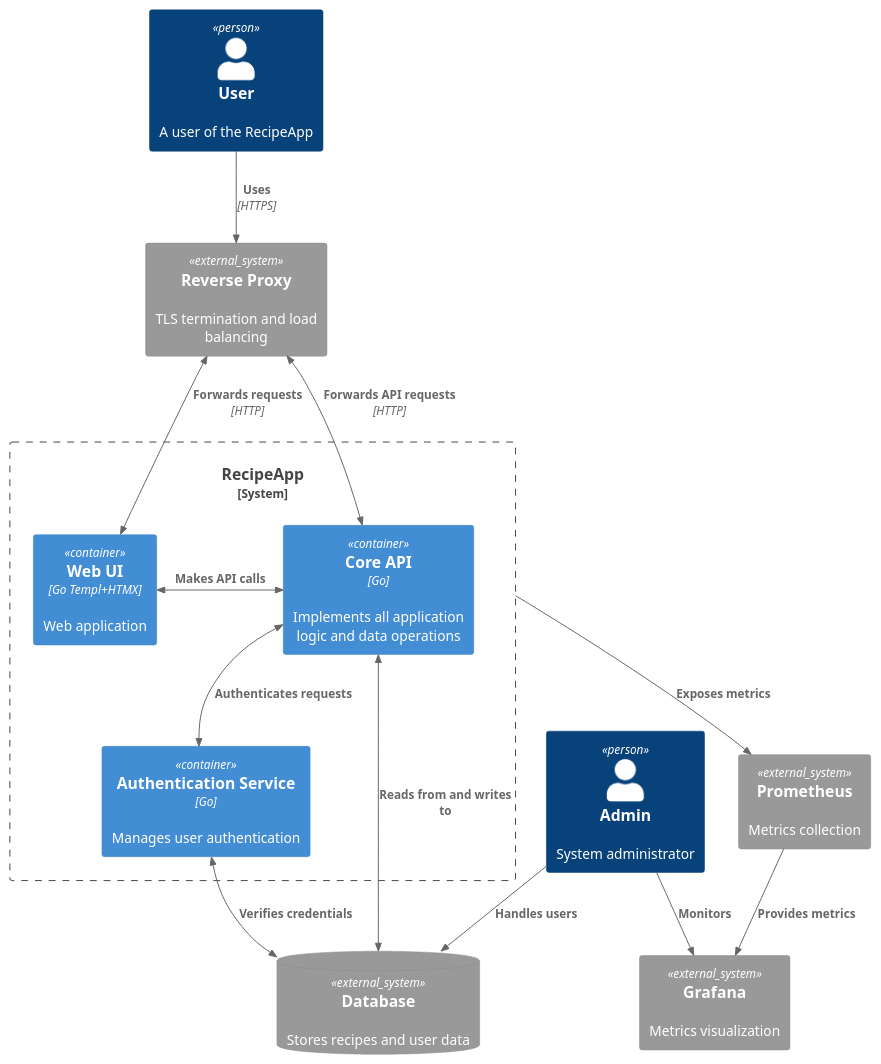
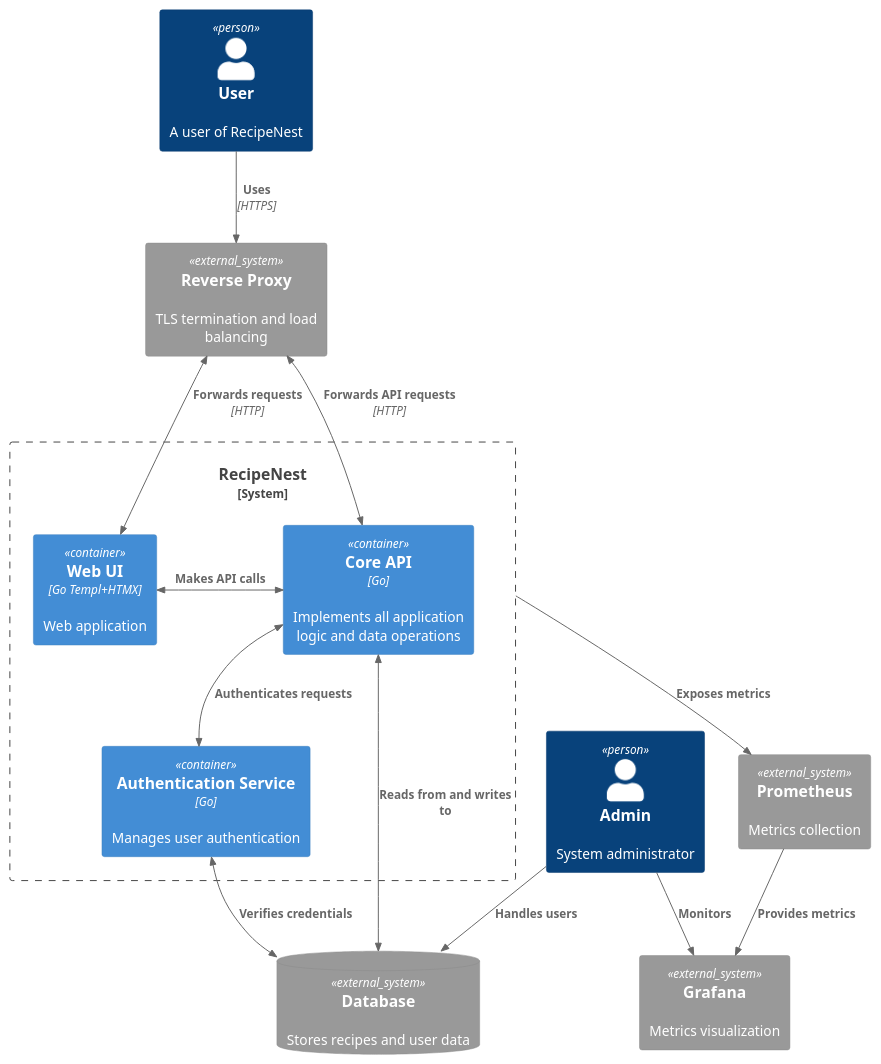
Before and after one commit to AntonLuning/RecipeBank: the diagram in docs/system-architecture.puml, drawn with PlantUML.

Commit message:
Pipeline test

```diff
--- a/docs/system-architecture.puml
+++ b/docs/system-architecture.puml
@@ -1,34 +1,34 @@
 @startuml system-architecture
 
 !include https://raw.githubusercontent.com/plantuml-stdlib/C4-PlantUML/master/C4_Container.puml
 
-Person(user, "User", "A user of the RecipeApp")
+Person(user, "User", "A user of RecipeNest")
 Person(admin, "Admin", "System administrator")
 
-System_Boundary(recipeapp, "RecipeApp") {
+System_Boundary(app, "RecipeNest") {
     Container(web_ui, "Web UI", "Go Templ+HTMX", "Web application")
     Container(core_api, "Core API", "Go", "Implements all application logic and data operations")
     Container(auth_service, "Authentication Service", "Go", "Manages user authentication")
 }
 
 SystemDb_Ext(db, "Database", "Stores recipes and user data")
 System_Ext(reverse_proxy, "Reverse Proxy", "TLS termination and load balancing")
 System_Ext(prometheus, "Prometheus", "Metrics collection")
 System_Ext(grafana, "Grafana", "Metrics visualization")
 
 Rel_D(user, reverse_proxy, "Uses", "HTTPS")
 BiRel_D(reverse_proxy, web_ui, "Forwards requests", "HTTP")
 BiRel_D(reverse_proxy, core_api, "Forwards API requests", "HTTP")
 BiRel_R(web_ui, core_api, "Makes API calls")
 BiRel_D(core_api, auth_service, "Authenticates requests")
 BiRel_D(core_api, db, "Reads from and writes to")
 BiRel_D(auth_service, db, "Verifies credentials")
 
-Rel(recipeapp, prometheus, "Exposes metrics")
+Rel(app, prometheus, "Exposes metrics")
 
 Rel(prometheus, grafana, "Provides metrics")
 
 Rel(admin, grafana, "Monitors")
 Rel(admin, db, "Handles users")
 
 @enduml
```
